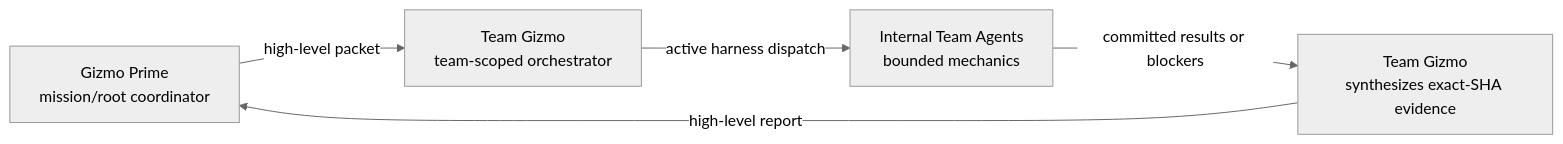
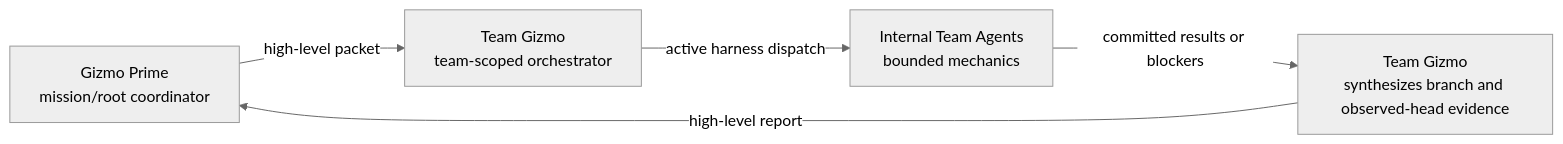
The second of 13 diagrams in .cortex/gizmo-prime/architecture/multiagent-delivery-diagrams.md (meta-secret/nook), drawn with Mermaid (neutral theme) before and after one commit. The commit also changed other lines of this file and 4 other files, not shown here.

````diff
--- a/.cortex/gizmo-prime/architecture/multiagent-delivery-diagrams.md
+++ b/.cortex/gizmo-prime/architecture/multiagent-delivery-diagrams.md
@@ -100,12 +100,12 @@
 ```mermaid
 flowchart LR
     Prime["Gizmo Prime<br/>mission/root coordinator"]
     Team["Team Gizmo<br/>team-scoped orchestrator"]
     Agents["Internal Team Agents<br/>bounded mechanics"]
-    Synthesis["Team Gizmo<br/>synthesizes exact-SHA evidence"]
+    Synthesis["Team Gizmo<br/>synthesizes branch and observed-head evidence"]
 
     Prime -->|high-level packet| Team
     Team -->|active harness dispatch| Agents
     Agents -->|committed results or blockers| Synthesis
     Synthesis -->|high-level report| Prime
 ```
````
